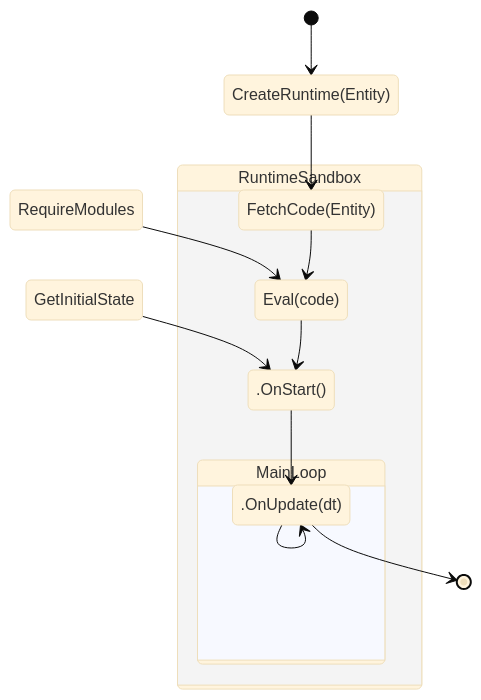
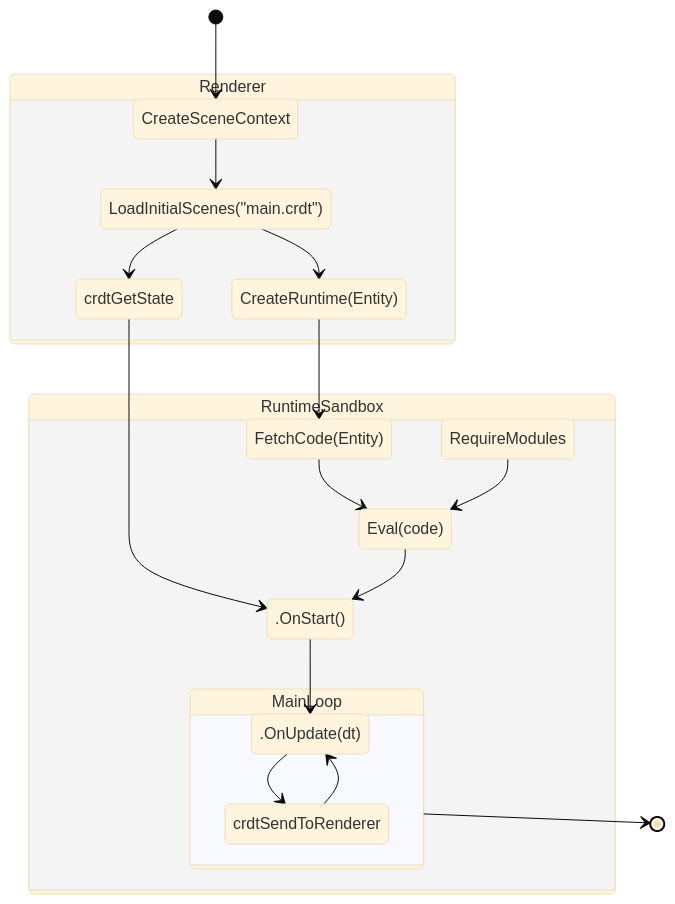
The first of 2 diagrams in content/ADR-133-scene-runtime.md (decentraland/adr), drawn with Mermaid (base theme) before and after one commit. The commit also changed other lines of this file and 1 other file, not shown here.

Commit message:
enable static scenes

````diff
--- a/content/ADR-133-scene-runtime.md
+++ b/content/ADR-133-scene-runtime.md
@@ -31,25 +31,34 @@
 ```mermaid
 stateDiagram
-    [*] --> CreateRuntime(Entity)
+    [*] --> CreateSceneContext
+
+    state Renderer {
+      CreateSceneContext --> LoadInitialScenes("main.crdt")
+      LoadInitialScenes("main.crdt") --> CreateRuntime(Entity)
+      LoadInitialScenes("main.crdt") --> crdtGetState
+    }
+
+
 
     CreateRuntime(Entity) --> FetchCode(Entity)
 
-    RequireModules --> Eval(code)
-    GetInitialState --> .OnStart()
+    crdtGetState --> .OnStart()
 
     state RuntimeSandbox {
       FetchCode(Entity) --> Eval(code)
+      RequireModules --> Eval(code)
 
     .OnStart()
     Eval(code) --> .OnStart()
 
       .OnStart() --> .OnUpdate(dt)
 
 
       state MainLoop {
-        .OnUpdate(dt) --> .OnUpdate(dt)
+        .OnUpdate(dt) --> crdtSendToRenderer
+        crdtSendToRenderer --> .OnUpdate(dt)
       }
     }
 
-    .OnUpdate(dt) --> [*]
+    MainLoop --> [*]
 ```
````
